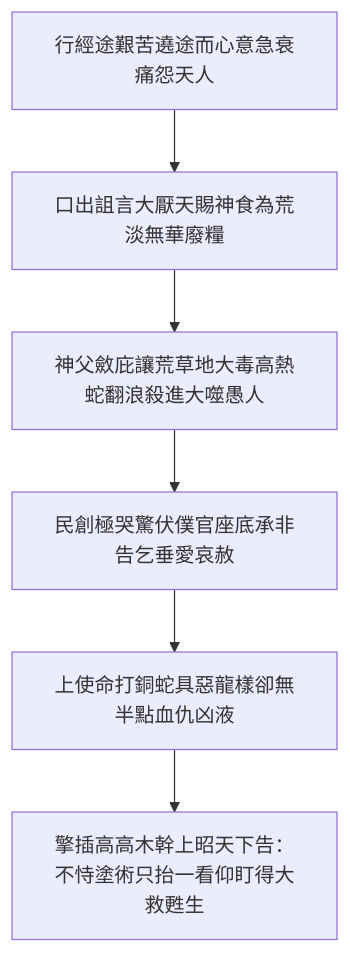
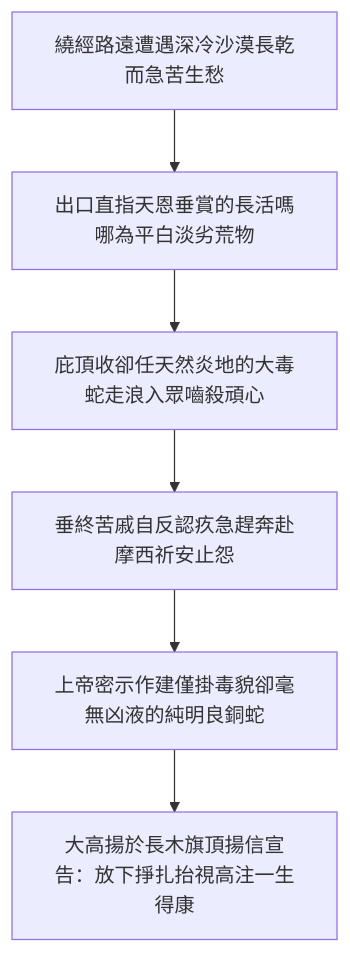
Before and after one commit to andyjr5566/Bible_wiki_zh: the diagram in 04 民數記/第21章.md, drawn with Mermaid. The commit also changed other lines of this file and 49 other files, not shown here.

````diff
--- a/04 民數記/第21章.md
+++ b/04 民數記/第21章.md
@@ -80,8 +98,8 @@
 ```mermaid
 flowchart TD
-  A["行經途艱苦遶途而心意急衰痛怨天人"] --> B["口出詛言大厭天賜神食為荒淡無華廢糧"]
-  B --> C["神父斂庇讓荒草地大毒高熱蛇翻浪殺進大噬愚人"]
-  C --> D["民創極哭驚伏僕官座底承非告乞垂愛哀赦"]
-  D --> E["上使命打銅蛇具惡龍樣卻無半點血仇凶液"]
-  E --> F["擎插高高木幹上昭天下告：不恃塗術只抬一看仰盯得大救甦生"]
+  A["繞經路遠遭遇深冷沙漠長乾而急苦生愁"] --> B["出口直指天恩垂賞的長活嗎哪為平白淡劣荒物"]
+  B --> C["庇頂收卻任天然炎地的大毒蛇走浪入眾嚙殺頑心"]
+  C --> D["垂終苦戚自反認疚急趕奔赴摩西祈安止怨"]
+  D --> E["上帝密示作建僅掛毒貌卻毫無凶液的純明良銅蛇"]
+  E --> F["大高揚於長木旗頂揚信宣告：放下掙扎抬視高注一生得康"]
 ```
````
